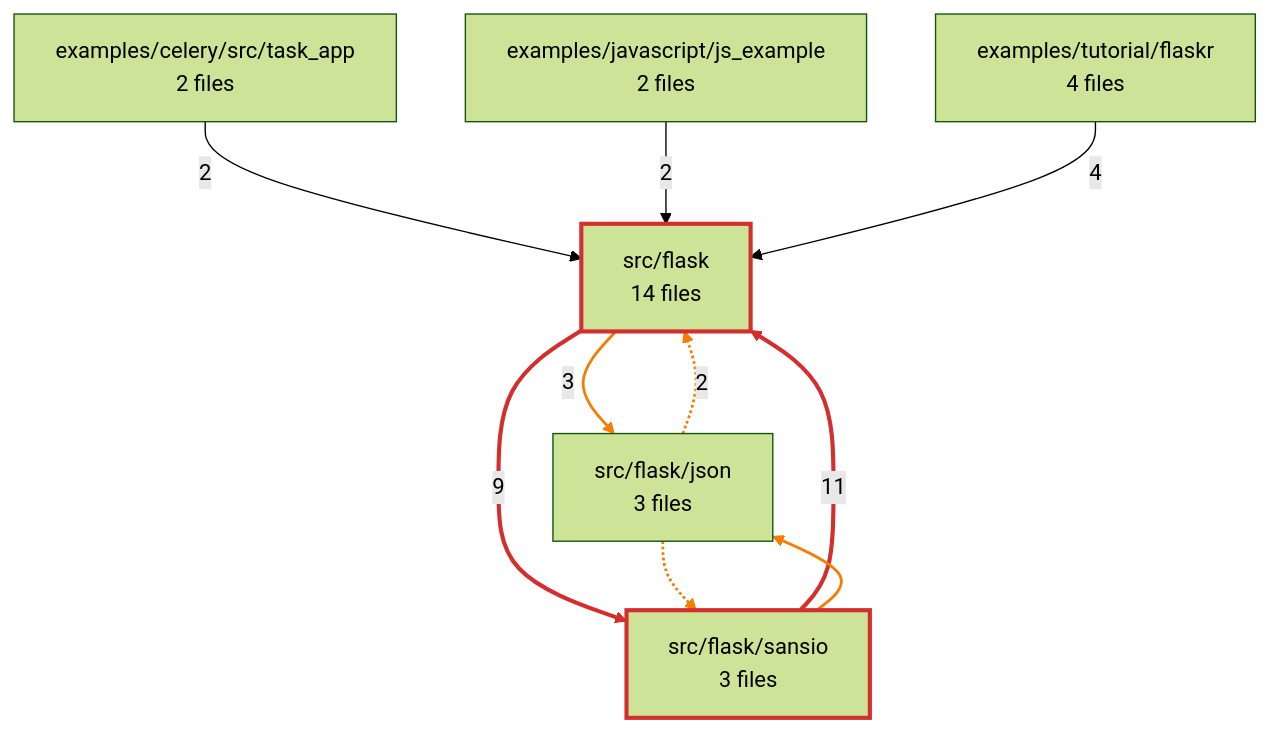
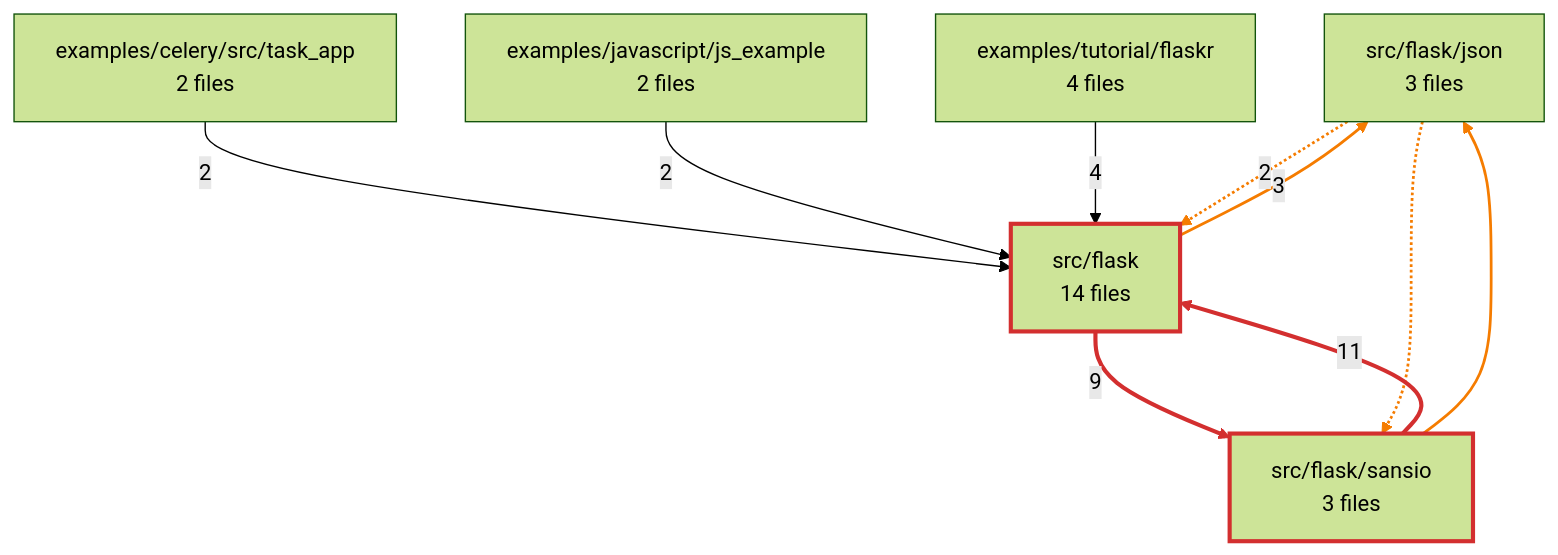
Before and after one commit to mohdzain98/gnost: the diagram in docs/gallery/flask/flow/FLOW-overview.mmd, drawn with Mermaid (forest theme). The commit also changed other lines of this file and 29 other files, not shown here.

```diff
--- a/docs/gallery/flask/flow/FLOW-overview.mmd
+++ b/docs/gallery/flask/flow/FLOW-overview.mmd
@@ -1,21 +1,21 @@
 flowchart TD
+  dir_src_flask_json["src/flask/json<br/>3 files"]
   dir_src_flask["src/flask<br/>14 files"]
   dir_examples_tutorial_flaskr["examples/tutorial/flaskr<br/>4 files"]
   dir_src_flask_sansio["src/flask/sansio<br/>3 files"]
-  dir_src_flask_json["src/flask/json<br/>3 files"]
+  dir_examples_javascript_js_example["examples/javascript/js_example<br/>2 files"]
   dir_examples_celery_src_task_app["examples/celery/src/task_app<br/>2 files"]
-  dir_examples_javascript_js_example["examples/javascript/js_example<br/>2 files"]
   dir_examples_celery_src_task_app -->|2| dir_src_flask
   dir_examples_javascript_js_example -->|2| dir_src_flask
   dir_examples_tutorial_flaskr -->|4| dir_src_flask
   dir_src_flask -->|3| dir_src_flask_json
   dir_src_flask ==>|9| dir_src_flask_sansio
   dir_src_flask_json -.->|2| dir_src_flask
   dir_src_flask_json -.-> dir_src_flask_sansio
   dir_src_flask_sansio ==>|11| dir_src_flask
   dir_src_flask_sansio --> dir_src_flask_json
   linkStyle 3,8 stroke:#f57c00,stroke-width:2px
   linkStyle 4,7 stroke:#d32f2f,stroke-width:3px
   linkStyle 5,6 stroke:#f57c00,stroke-width:2px
   classDef cycle stroke:#d32f2f,stroke-width:3px
   class dir_src_flask,dir_src_flask_sansio cycle
```
